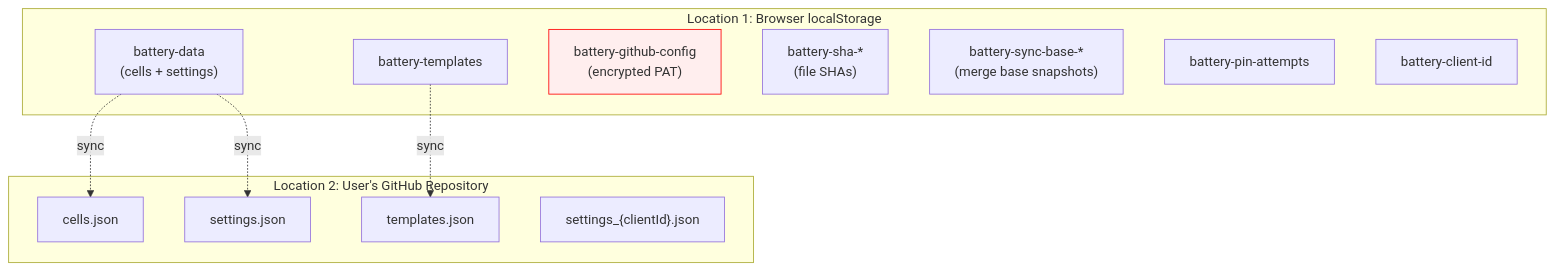
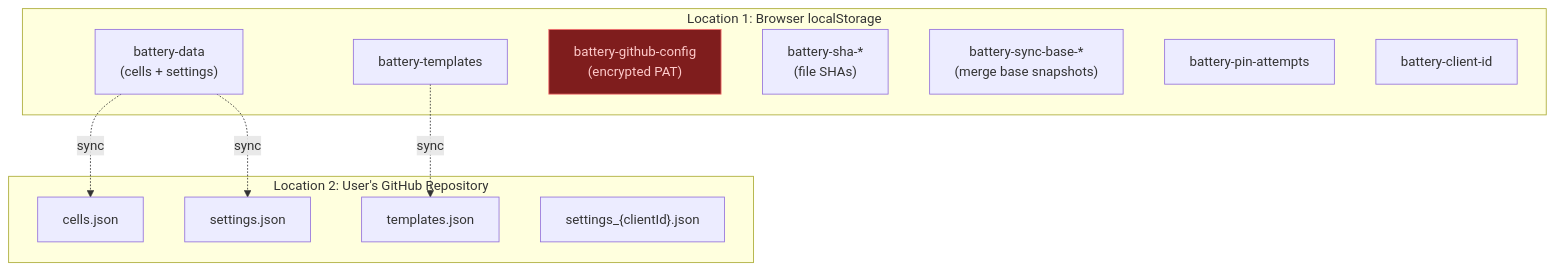
The eighth of 17 diagrams in docs/architecture.md (dlaszlo/battery), drawn with Mermaid before and after one commit. The commit also changed other lines of this file and 1 other file, not shown here.

First line of the commit message:
Redesign navbar logo with charging animation and fix dark mode diagram readability

````diff
--- a/docs/architecture.md
+++ b/docs/architecture.md
@@ -289,25 +289,25 @@
 ```mermaid
 graph TB
     subgraph "Location 1: Browser localStorage"
         LS_Data["battery-data<br/>(cells + settings)"]
         LS_Templates["battery-templates"]
         LS_Config["battery-github-config<br/>(encrypted PAT)"]
         LS_SHA["battery-sha-*<br/>(file SHAs)"]
         LS_Base["battery-sync-base-*<br/>(merge base snapshots)"]
         LS_PIN["battery-pin-attempts"]
         LS_Client["battery-client-id"]
     end
 
     subgraph "Location 2: User's GitHub Repository"
         GH_Cells["cells.json"]
         GH_Settings["settings.json"]
         GH_Templates["templates.json"]
         GH_Client["settings_{clientId}.json"]
     end
 
     LS_Data -.->|"sync"| GH_Cells
     LS_Data -.->|"sync"| GH_Settings
     LS_Templates -.->|"sync"| GH_Templates
 
-    style LS_Config fill:#fee,stroke:#f00
+    style LS_Config fill:#7f1d1d,stroke:#f87171,color:#fecaca
 ```
````
